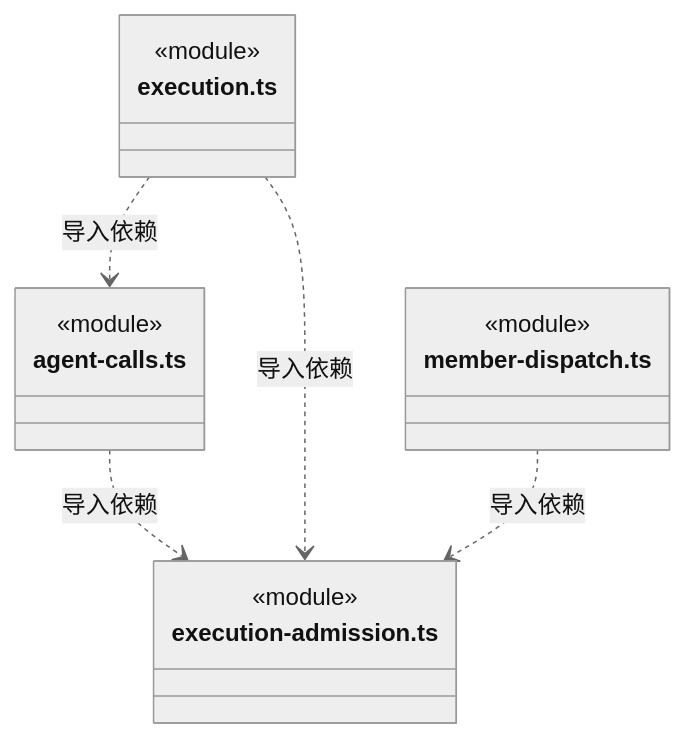
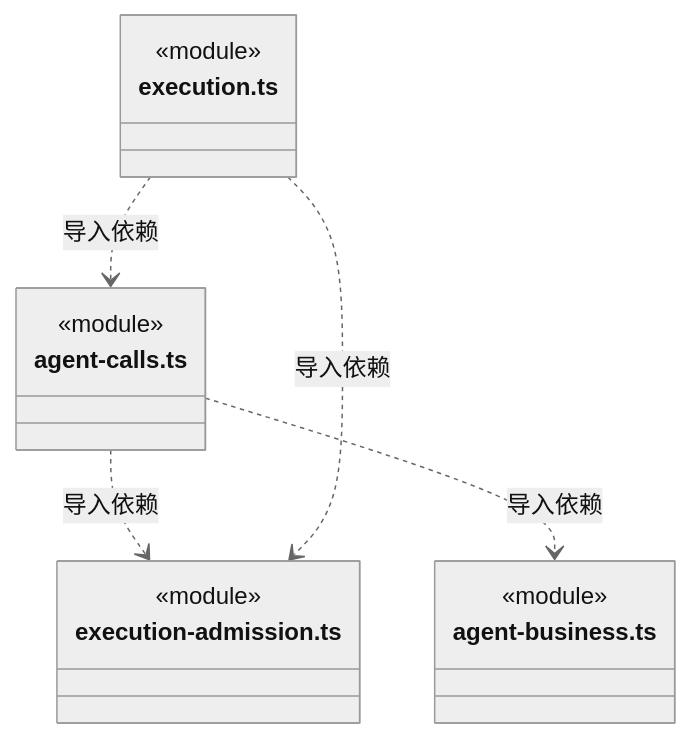
Before and after one commit to nan023062/cbim: the ninth of 10 diagrams in src/logic/application/assembly/ARCHITECTURE.md, drawn with Mermaid (neutral theme). The commit also changed other lines of this file and 17 other files, not shown here.

Commit message:
fix: migrate business validation into recursive Agent calls (#94)

````diff
--- a/src/logic/application/assembly/ARCHITECTURE.md
+++ b/src/logic/application/assembly/ARCHITECTURE.md
@@ -139,19 +152,19 @@
 ```mermaid
 classDiagram
 class N_src_logic_application_assembly_agent_calls_ts["agent-calls.ts"] {
+  <<module>>
+}
+class N_src_logic_application_assembly_agent_business_ts["agent-business.ts"] {
   <<module>>
 }
 class N_src_logic_application_assembly_execution_admission_ts["execution-admission.ts"] {
   <<module>>
 }
 class N_src_logic_application_assembly_execution_ts["execution.ts"] {
   <<module>>
 }
-class N_src_logic_application_assembly_member_dispatch_ts["member-dispatch.ts"] {
-  <<module>>
-}
+N_src_logic_application_assembly_agent_calls_ts ..> N_src_logic_application_assembly_agent_business_ts : 导入依赖
 N_src_logic_application_assembly_agent_calls_ts ..> N_src_logic_application_assembly_execution_admission_ts : 导入依赖
 N_src_logic_application_assembly_execution_ts ..> N_src_logic_application_assembly_execution_admission_ts : 导入依赖
 N_src_logic_application_assembly_execution_ts ..> N_src_logic_application_assembly_agent_calls_ts : 导入依赖
-N_src_logic_application_assembly_member_dispatch_ts ..> N_src_logic_application_assembly_execution_admission_ts : 导入依赖
 ```
````
